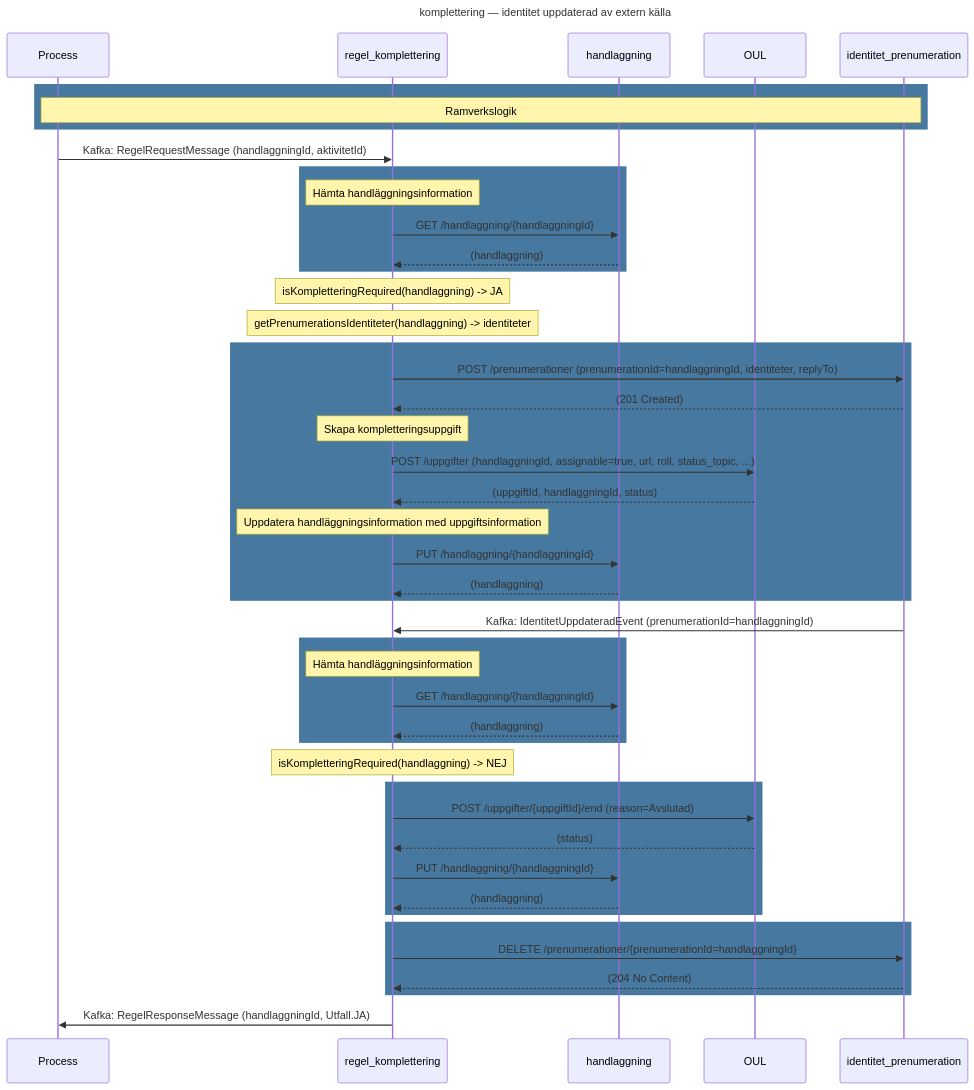
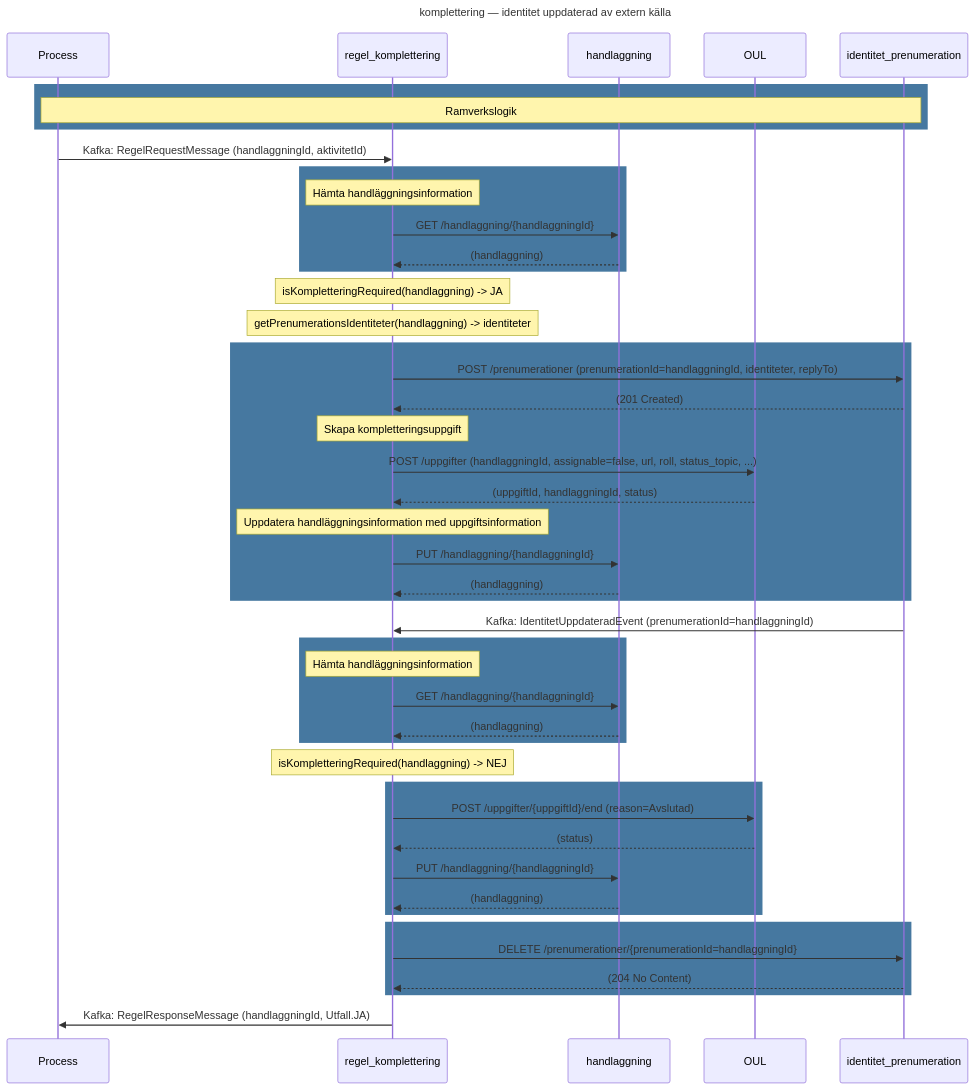
One commit to Forsakringskassan/rimfrost changed the diagram in sequences/komplettering/komplettering_identitet_uppdatering.mmd. Above: the diagram before and after it, drawn with Mermaid.

Commit message:
fix: Correct assignable=false for komplettering identitet-uppdatering sequence
The task is not handed out via the normal handläggare queue — it is parked
waiting for external data or an explicit individ-based lookup. assignable=true
was incorrect; both auto-resolve (IdentitetUppdateradEvent) and manual claim
via POST /uppgifter/individ/unassignable work with assignable=false.

```diff
--- a/sequences/komplettering/komplettering_identitet_uppdatering.mmd
+++ b/sequences/komplettering/komplettering_identitet_uppdatering.mmd
@@ -1,52 +1,52 @@
 sequenceDiagram
     title komplettering — identitet uppdaterad av extern källa
     participant Process
     participant regel_komplettering
     participant handlaggning
     participant OUL
     participant identitet_prenumeration
 
     rect rgb(70, 120, 160)
         note over Process, identitet_prenumeration: Ramverkslogik
     end
 
     Process ->> regel_komplettering: Kafka: RegelRequestMessage (handlaggningId, aktivitetId)
 
     rect rgb(70, 120, 160)
         note over regel_komplettering: Hämta handläggningsinformation
         regel_komplettering ->> handlaggning: GET /handlaggning/{handlaggningId}
         handlaggning -->> regel_komplettering: (handlaggning)
     end
     note over regel_komplettering: isKompletteringRequired(handlaggning) -> JA
     note over regel_komplettering: getPrenumerationsIdentiteter(handlaggning) -> identiteter
 
     rect rgb(70, 120, 160)
         regel_komplettering ->> identitet_prenumeration: POST /prenumerationer (prenumerationId=handlaggningId, identiteter, replyTo)
         identitet_prenumeration -->> regel_komplettering: (201 Created)
         note over regel_komplettering: Skapa kompletteringsuppgift
-        regel_komplettering ->> OUL: POST /uppgifter (handlaggningId, assignable=true, url, roll, status_topic, ...)
+        regel_komplettering ->> OUL: POST /uppgifter (handlaggningId, assignable=false, url, roll, status_topic, ...)
         OUL -->> regel_komplettering: (uppgiftId, handlaggningId, status)
         note over regel_komplettering: Uppdatera handläggningsinformation med uppgiftsinformation
         regel_komplettering ->> handlaggning: PUT /handlaggning/{handlaggningId}
         handlaggning -->> regel_komplettering: (handlaggning)
     end
 
     identitet_prenumeration ->> regel_komplettering: Kafka: IdentitetUppdateradEvent (prenumerationId=handlaggningId)
     rect rgb(70, 120, 160)
         note over regel_komplettering: Hämta handläggningsinformation
         regel_komplettering ->> handlaggning: GET /handlaggning/{handlaggningId}
         handlaggning -->> regel_komplettering: (handlaggning)
     end
     note over regel_komplettering: isKompletteringRequired(handlaggning) -> NEJ
 
     rect rgb(70, 120, 160)
         regel_komplettering ->> OUL: POST /uppgifter/{uppgiftId}/end (reason=Avslutad)
         OUL -->> regel_komplettering: (status)
         regel_komplettering ->> handlaggning: PUT /handlaggning/{handlaggningId}
         handlaggning -->> regel_komplettering: (handlaggning)
     end
     rect rgb(70, 120, 160)
         regel_komplettering ->> identitet_prenumeration: DELETE /prenumerationer/{prenumerationId=handlaggningId}
         identitet_prenumeration -->> regel_komplettering: (204 No Content)
     end
     regel_komplettering ->> Process: Kafka: RegelResponseMessage (handlaggningId, Utfall.JA)
```
